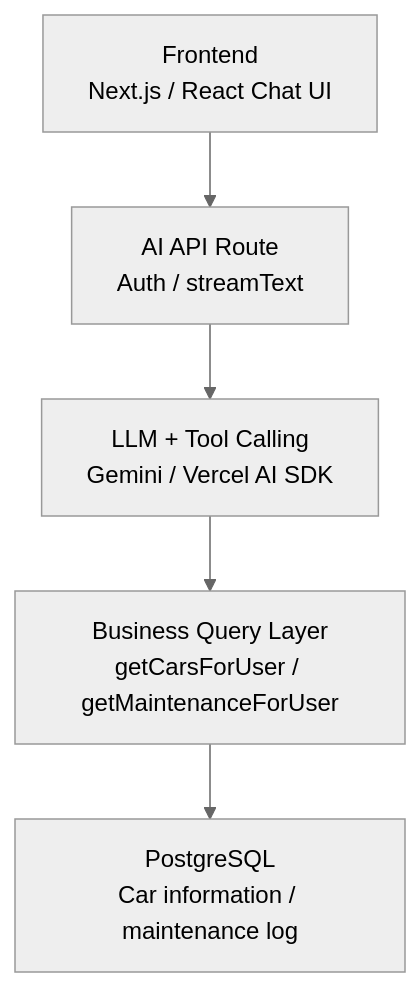
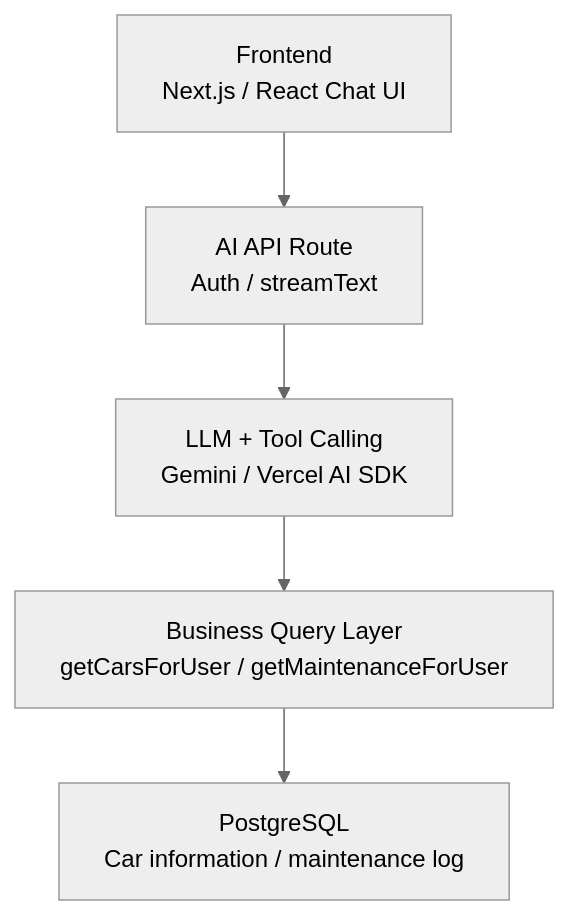
Before and after one commit to benjaminhuanghuang/car-dr-nextjs: the diagram in README.md, drawn with Mermaid (neutral theme).

Commit message:
add wrapping with to the mermaind chart

````diff
--- a/README.md
+++ b/README.md
@@ -24,10 +24,11 @@
 ```mermaid
+%%{init: {"flowchart": {"wrappingWidth": 500}}}%%
 flowchart TD
     A["Frontend<br/>Next.js / React Chat UI"]
     B["AI API Route<br/>Auth / streamText"]
     C["LLM + Tool Calling<br/>Gemini / Vercel AI SDK"]
     D["Business Query Layer<br/>getCarsForUser / getMaintenanceForUser"]
     E["PostgreSQL<br/>Car information / maintenance log"]
 
     A --> B --> C --> D --> E
 ```
````
